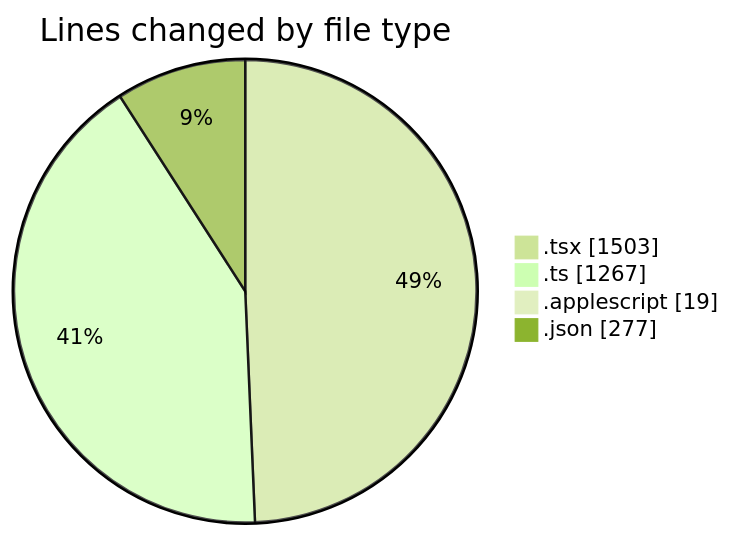
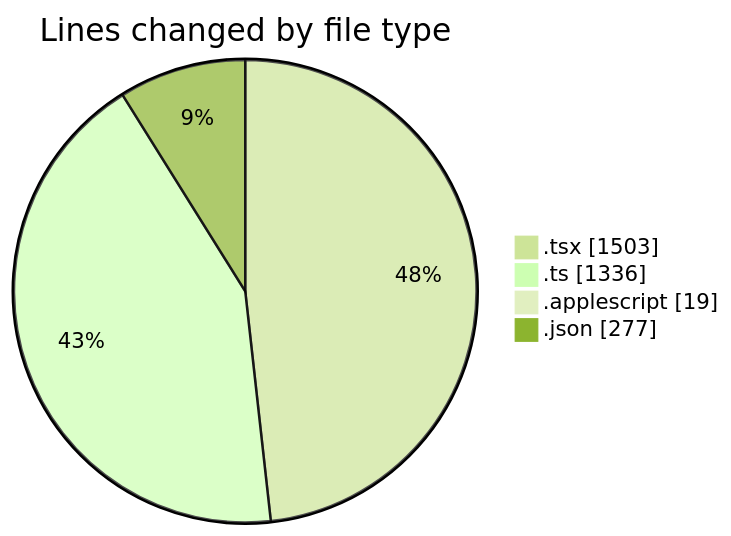
Before and after one commit to EIIisD/code-tracking: the first of 2 diagrams in 2025-07-11/ribbon/README.md, drawn with Mermaid (forest theme). The commit also changed other lines of this file and 1 other file, not shown here.

````diff
--- a/2025-07-11/ribbon/README.md
+++ b/2025-07-11/ribbon/README.md
@@ -35,8 +36,8 @@
 ```mermaid
 pie showData
 title Lines changed by file type
 ".tsx" : 1503
-".ts" : 1267
+".ts" : 1336
 ".applescript" : 19
 ".json" : 277
 ```
````
